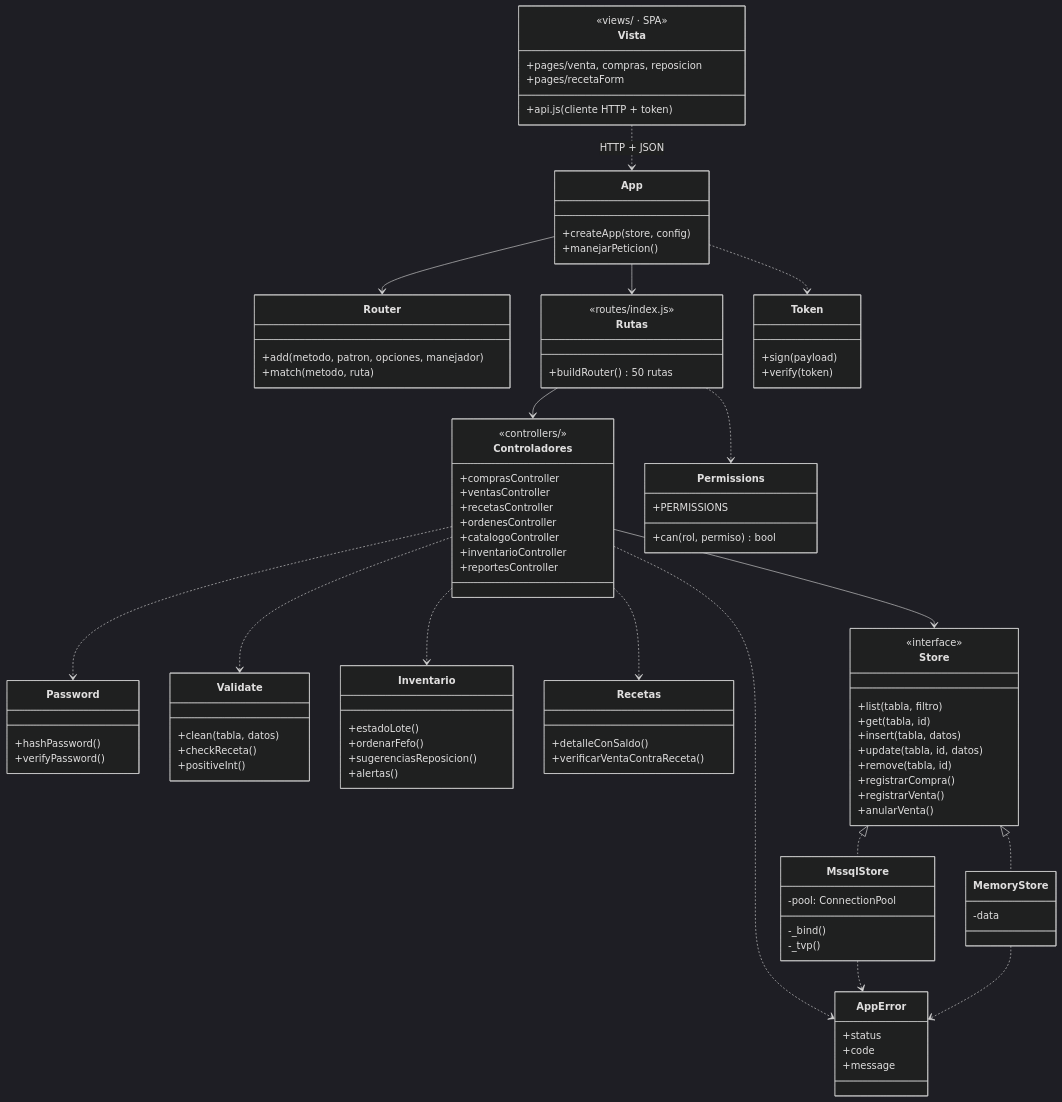
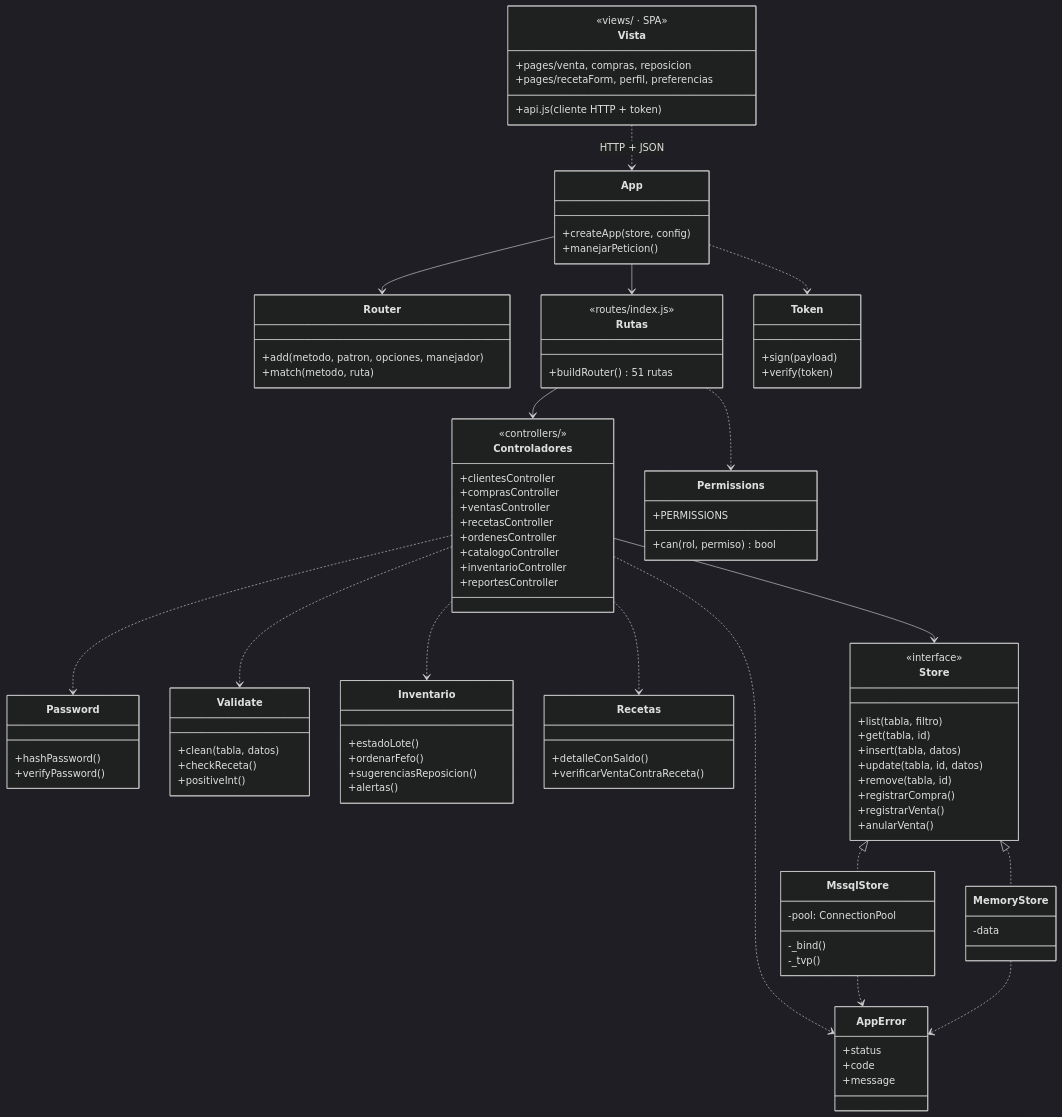
The diagram in docs/diagramas/src/clases_backend.mmd (angelonavarroxd23-lab/Farma-Control), drawn with Mermaid (dark theme) before and after one commit. The commit also changed 42 other files, not shown here.

```diff
--- a/docs/diagramas/src/clases_backend.mmd
+++ b/docs/diagramas/src/clases_backend.mmd
@@ -1,97 +1,98 @@
 classDiagram
 direction TB
 class Vista {
 <<views/ · SPA>>
 +pages/venta, compras, reposicion
-+pages/recetaForm
++pages/recetaForm, perfil, preferencias
 +api.js (cliente HTTP + token)
 }
 class App {
   +createApp(store, config)
   +manejarPeticion()
 }
 class Router {
   +add(metodo, patron, opciones, manejador)
   +match(metodo, ruta)
 }
 class Rutas {
 <<routes/index.js>>
-+buildRouter() 50 rutas
++buildRouter() 51 rutas
 }
 class Controladores {
 <<controllers/>>
++clientesController
 +comprasController
 +ventasController
 +recetasController
 +ordenesController
 +catalogoController
 +inventarioController
 +reportesController
 }
 class Permissions {
   +PERMISSIONS
   +can(rol, permiso) bool
 }
 class Token {
   +sign(payload)
   +verify(token)
 }
 class Password {
   +hashPassword()
   +verifyPassword()
 }
 class Validate {
   +clean(tabla, datos)
   +checkReceta()
   +positiveInt()
 }
 class Inventario {
   +estadoLote()
   +ordenarFefo()
   +sugerenciasReposicion()
   +alertas()
 }
 class Recetas {
   +detalleConSaldo()
   +verificarVentaContraReceta()
 }
 class AppError {
   +status
   +code
   +message
 }
 class Store {
 <<interface>>
 +list(tabla, filtro)
 +get(tabla, id)
 +insert(tabla, datos)
 +update(tabla, id, datos)
 +remove(tabla, id)
 +registrarCompra()
 +registrarVenta()
 +anularVenta()
 }
 class MssqlStore {
   -pool: ConnectionPool
   -_bind()
   -_tvp()
 }
 class MemoryStore {
   -data
 }
 Vista ..> App : HTTP + JSON
 App --> Router
 App --> Rutas
 Rutas --> Controladores
 Rutas ..> Permissions
 App ..> Token
 Controladores ..> Password
 Controladores ..> Validate
 Controladores ..> Inventario
 Controladores ..> Recetas
 Controladores --> Store
 Store <|.. MssqlStore
 Store <|.. MemoryStore
 Controladores ..> AppError
 MssqlStore ..> AppError
 MemoryStore ..> AppError
```
